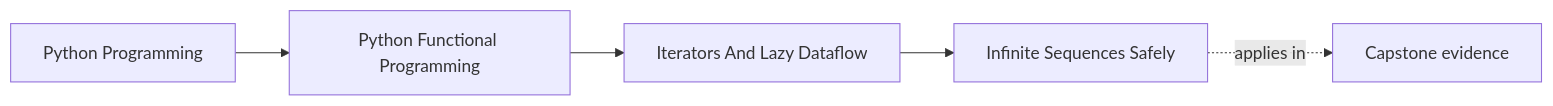
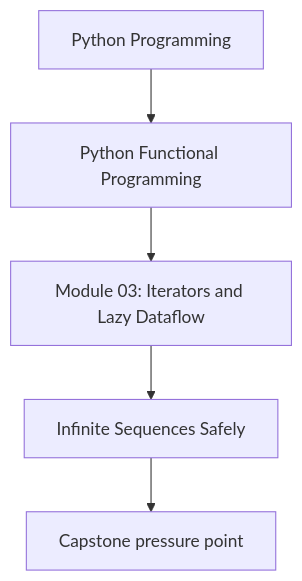
Before and after one commit to bijux/bijux-masterclass: the first of 2 diagrams in programs/python-programming/python-functional-programming/course-book/module-03-iterators-and-lazy-dataflow/infinite-sequences-safely.md, drawn with Mermaid. The commit also changed other lines of this file and 118 other files, not shown here.

Commit message:
docs(python-functional-programming): align concept page diagrams

````diff
--- a/programs/python-programming/python-functional-programming/course-book/module-03-iterators-and-lazy-dataflow/infinite-sequences-safely.md
+++ b/programs/python-programming/python-functional-programming/course-book/module-03-iterators-and-lazy-dataflow/infinite-sequences-safely.md
@@ -7,11 +7,7 @@
 ```mermaid
-graph LR
-  family["Python Programming"]
-  program["Python Functional Programming"]
-  section["Iterators And Lazy Dataflow"]
-  page["Infinite Sequences Safely"]
-  capstone["Capstone evidence"]
-
-  family --> program --> section --> page
-  page -.applies in.-> capstone
+flowchart TD
+  family["Python Programming"] --> program["Python Functional Programming"]
+  program --> module["Module 03: Iterators and Lazy Dataflow"]
+  module --> concept["Infinite Sequences Safely"]
+  concept --> capstone["Capstone pressure point"]
 ```
````
